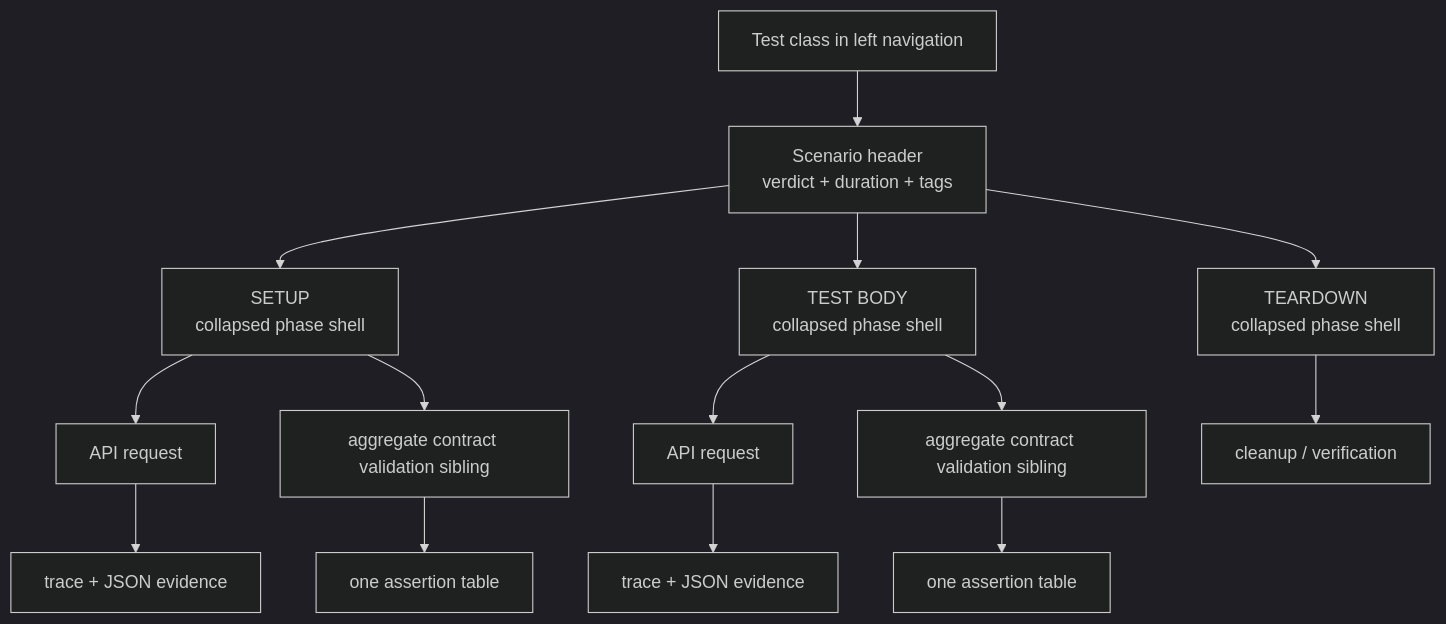
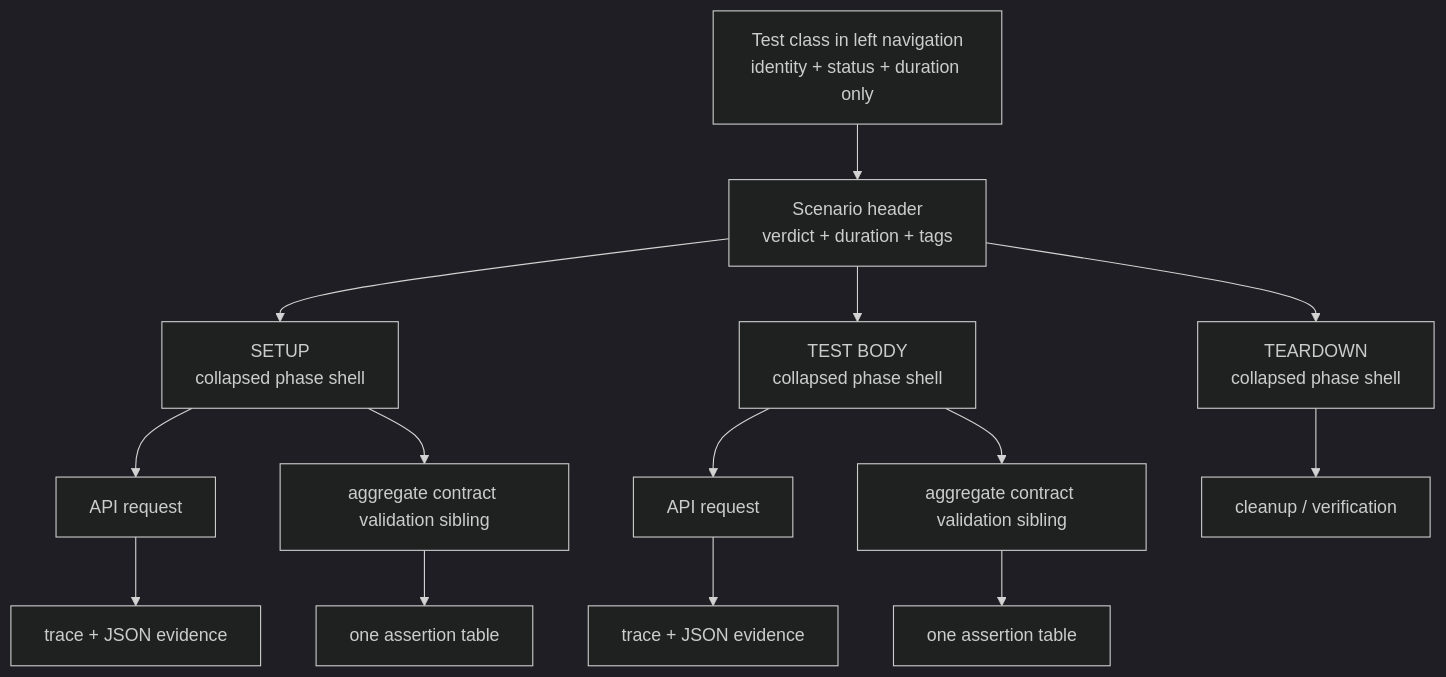
Before and after one commit to crististefanita/CS1: the fifth of 8 diagrams in docs/ATF_Architecture.md, drawn with Mermaid (dark theme). The commit also changed other lines of this file and 109 other files, not shown here.

````diff
--- a/docs/ATF_Architecture.md
+++ b/docs/ATF_Architecture.md
@@ -178,16 +179,16 @@
 ```mermaid
 flowchart TD
-    Class[Test class in left navigation] --> Scenario[Scenario header\nverdict + duration + tags]
+    Class[Test class in left navigation\nidentity + status + duration only] --> Scenario[Scenario header\nverdict + duration + tags]
     Scenario --> Setup[SETUP\ncollapsed phase shell]
     Scenario --> Body[TEST BODY\ncollapsed phase shell]
     Scenario --> Teardown[TEARDOWN\ncollapsed phase shell]
     Setup --> SetupRequest[API request]
     SetupRequest --> SetupTrace[trace + JSON evidence]
     Setup --> SetupValidation[aggregate contract validation sibling]
     SetupValidation --> SetupTable[one assertion table]
     Body --> BodyRequest[API request]
     BodyRequest --> BodyTrace[trace + JSON evidence]
     Body --> BodyValidation[aggregate contract validation sibling]
     BodyValidation --> BodyTable[one assertion table]
     Teardown --> Cleanup[cleanup / verification]
 ```
````
